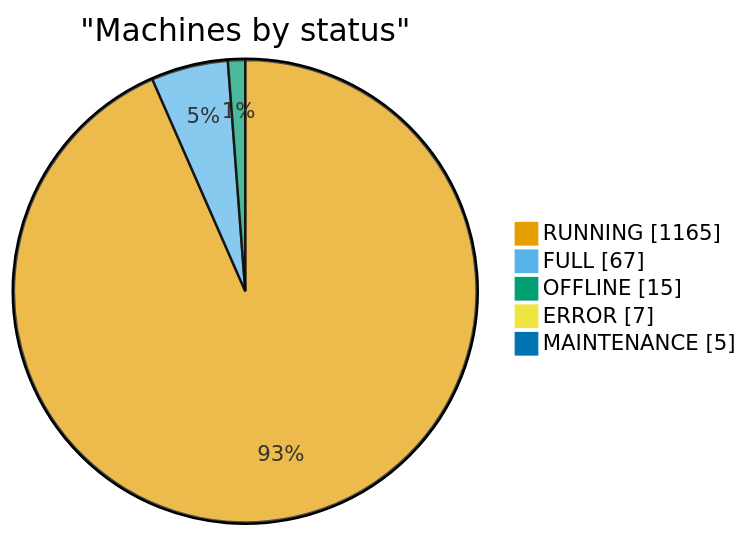
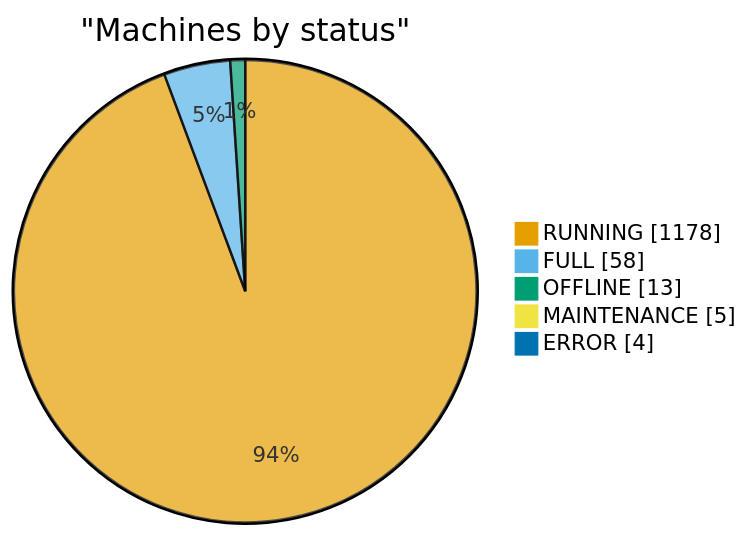
One commit to cheeaun/returnright-data changed the first of 7 diagrams in ANALYSIS.md. Above: the diagram before and after it, drawn with Mermaid. The commit also changed other lines of this file and 3 other files, not shown here.

````diff
--- a/ANALYSIS.md
+++ b/ANALYSIS.md
@@ -16,21 +16,21 @@
 ```mermaid
 ---
 config:
   themeVariables:
     pie1: "#E69F00"
     pie2: "#56B4E9"
     pie3: "#009E73"
     pie4: "#F0E442"
     pie5: "#0072B2"
     pie6: "#D55E00"
     pie7: "#CC79A7"
     pie8: "#999999"
 ---
 pie showData
     title "Machines by status"
-    "RUNNING": 1165
-    "FULL": 67
-    "OFFLINE": 15
-    "ERROR": 7
+    "RUNNING": 1178
+    "FULL": 58
+    "OFFLINE": 13
     "MAINTENANCE": 5
+    "ERROR": 4
 ```
````
